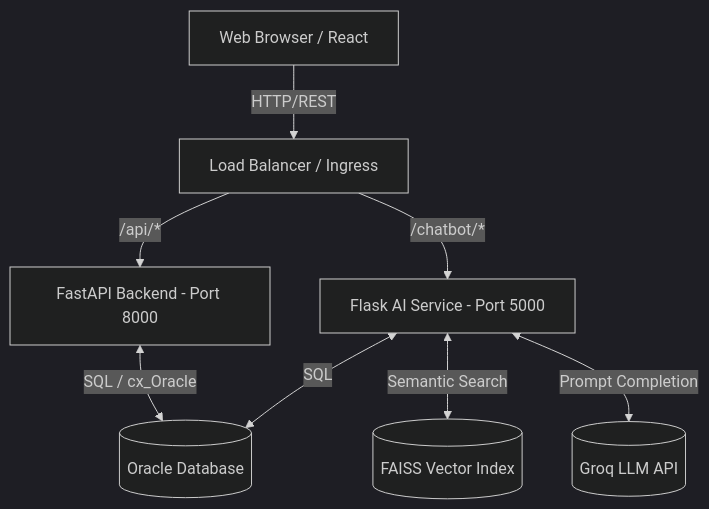
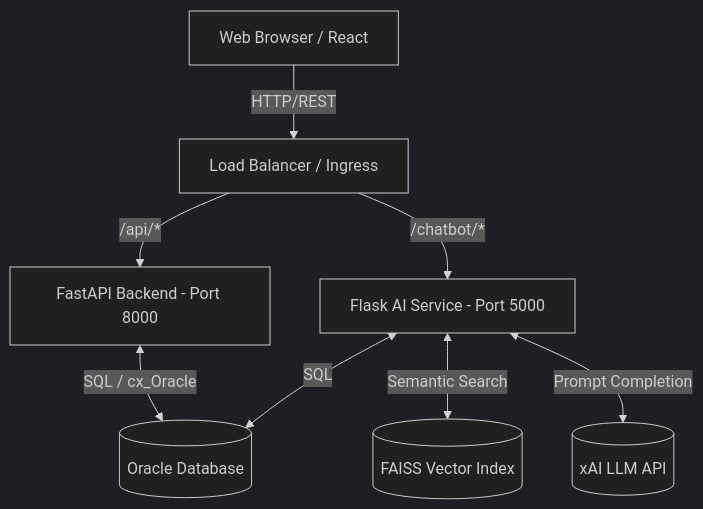
Before and after one commit to Dheerajtechie/EmployeeonboardingPortal: the diagram in ARCHITECTURE.md, drawn with Mermaid (dark theme). The commit also changed other lines of this file and 24 other files, not shown here.

````diff
--- a/ARCHITECTURE.md
+++ b/ARCHITECTURE.md
@@ -7,22 +7,22 @@
 ```mermaid
 graph TD
     Client[Web Browser / React]
     
     subindex[Load Balancer / Ingress]
     
     FastAPI[FastAPI Backend - Port 8000]
     Flask[Flask AI Service - Port 5000]
     
     Oracle[(Oracle Database)]
     FAISS[(FAISS Vector Index)]
-    Groq[(Groq LLM API)]
+    Grok[(xAI LLM API)]
     
     Client -->|HTTP/REST| subindex
     subindex -->|/api/*| FastAPI
     subindex -->|/chatbot/*| Flask
     
     FastAPI <-->|SQL / cx_Oracle| Oracle
     Flask <-->|SQL| Oracle
     Flask <-->|Semantic Search| FAISS
-    Flask <-->|Prompt Completion| Groq
+    Flask <-->|Prompt Completion| Grok
 ```
````
